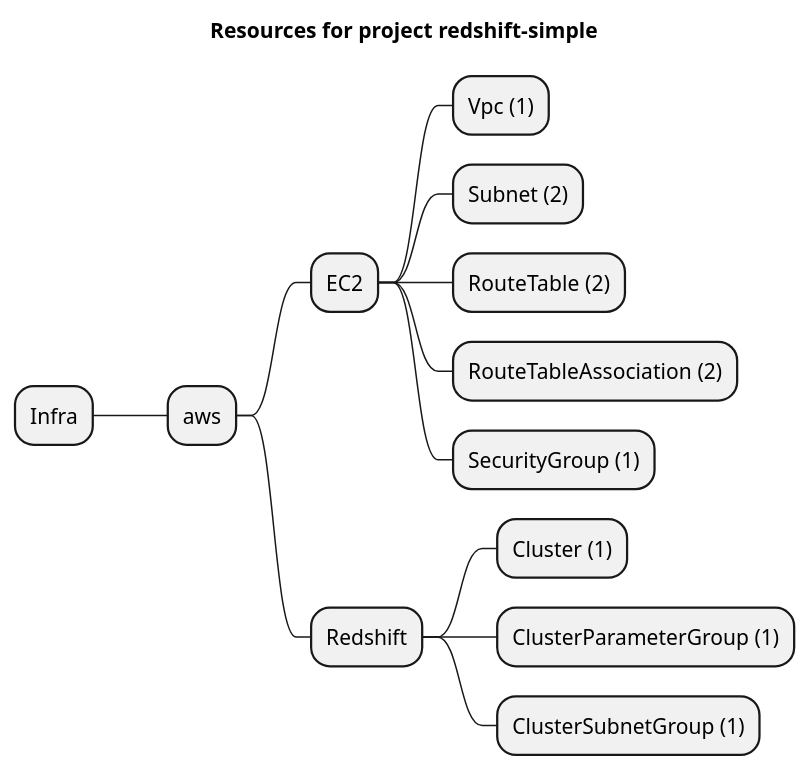
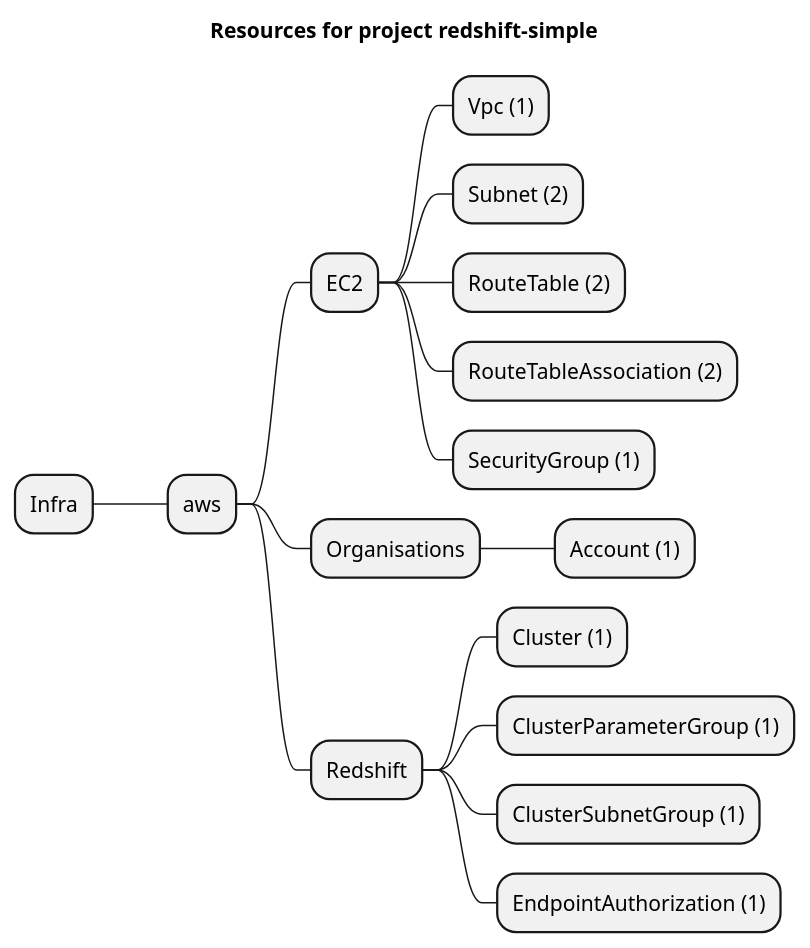
The diagram in examples/aws/Redshift/redshift-simple/artifacts/resources-mindmap.puml (grucloud/grucloud), drawn with PlantUML before and after one commit. The commit also changed 15 other files, not shown here.

```diff
--- a/examples/aws/Redshift/redshift-simple/artifacts/resources-mindmap.puml
+++ b/examples/aws/Redshift/redshift-simple/artifacts/resources-mindmap.puml
@@ -1,16 +1,19 @@
 @startmindmap
 title Resources for project redshift-simple
 skinparam monochrome true
 + Infra
 ++ aws
 +++ EC2
 ++++ Vpc (1)
 ++++ Subnet (2)
 ++++ RouteTable (2)
 ++++ RouteTableAssociation (2)
 ++++ SecurityGroup (1)
++++ Organisations
+++++ Account (1)
 +++ Redshift
 ++++ Cluster (1)
 ++++ ClusterParameterGroup (1)
 ++++ ClusterSubnetGroup (1)
+++++ EndpointAuthorization (1)
 @endmindmap
```
